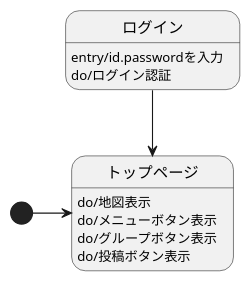
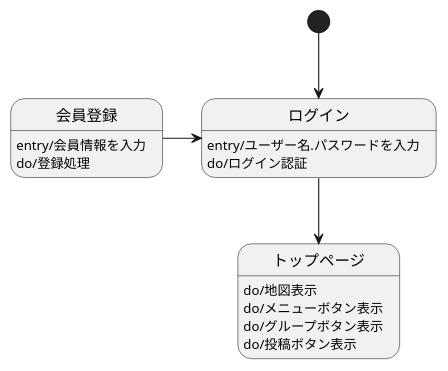
The diagram in 03_画面遷移図/画面遷移図.md (Aso2001031/System4_ver2.0), drawn with PlantUML before and after one commit.

````diff
--- a/03_画面遷移図/画面遷移図.md
+++ b/03_画面遷移図/画面遷移図.md
@@ -1,16 +1,20 @@
 ```uml
 @startuml
 
-[*] -> トップページ
+[*] -down-> ログイン
 
 トップページ : do/地図表示
 トップページ : do/メニューボタン表示
 トップページ : do/グループボタン表示
 トップページ : do/投稿ボタン表示
 
 ログイン -down-> トップページ
-ログイン : entry/id.passwordを入力 
+ログイン : entry/ユーザー名.パスワードを入力 
 ログイン : do/ログイン認証 
+
+会員登録 -> ログイン
+会員登録 : entry/会員情報を入力 
+会員登録 : do/登録処理
 
 @enduml
 ```
````
